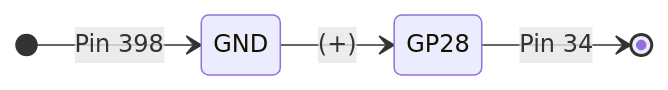
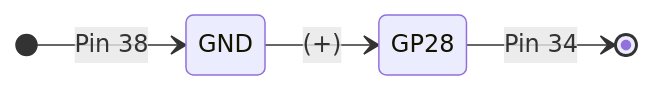
The diagram in kits/sunfounder/lessons/0/README.md (setrar/microelectronics), drawn with Mermaid before and after one commit.

````diff
--- a/kits/sunfounder/lessons/0/README.md
+++ b/kits/sunfounder/lessons/0/README.md
@@ -19,7 +19,7 @@
 ```mermaid
 stateDiagram-v2
     direction LR
-    [*] --> GND : Pin 398
+    [*] --> GND : Pin 38
     GND --> GP28 : (+)
     GP28 --> [*] : Pin 34
 ```
````
